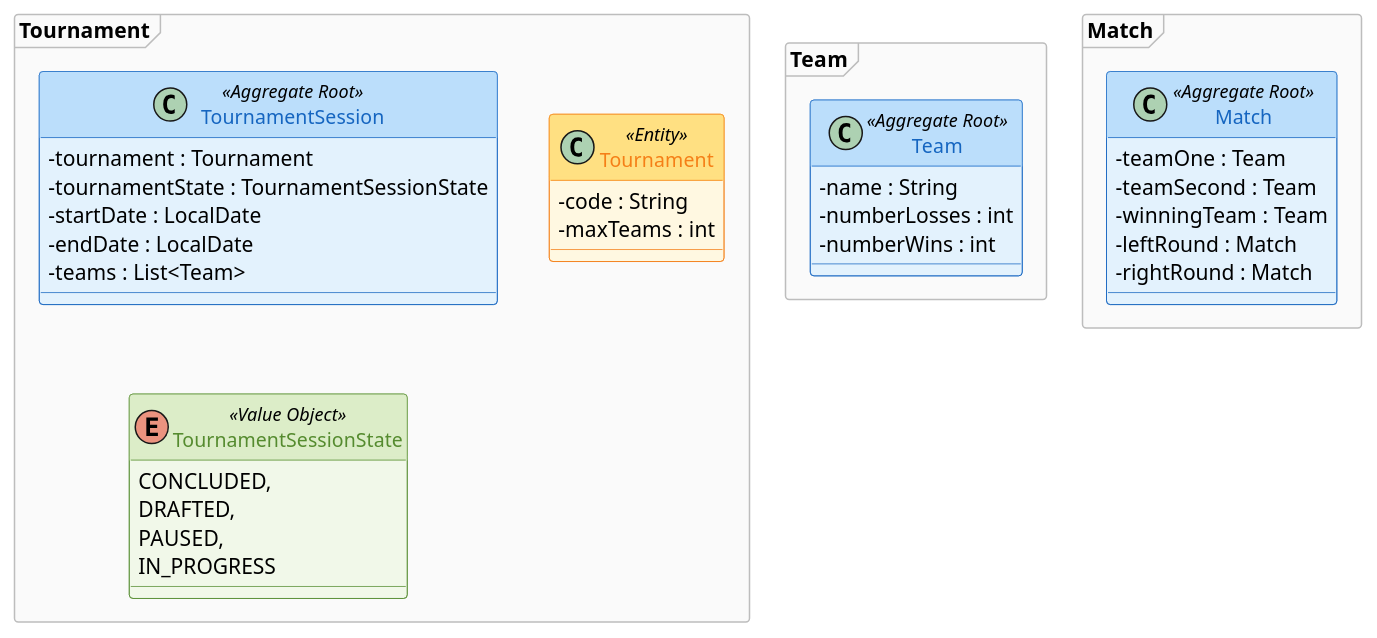
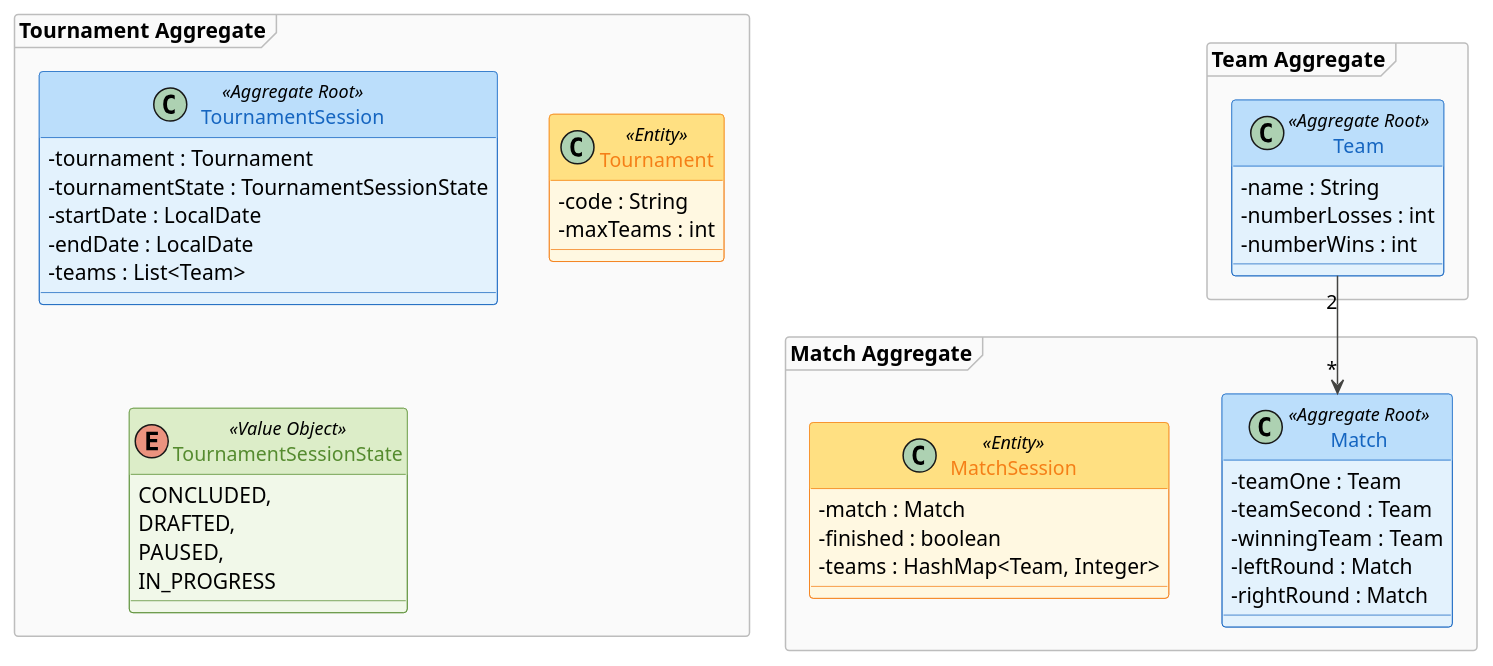
One commit to 1241323-JoseCardoso/Sports-Bracket-Generator changed the diagram in docs/global-artifacts/02.analysis/puml/dm/completeDM.puml. Above: the diagram before and after it, drawn with PlantUML. The commit also changed 4 other files, not shown here.

Commit message:
(code & design): development of early stages of domain model, factory methods correction and match session implementation

```diff
--- a/docs/global-artifacts/02.analysis/puml/dm/completeDM.puml
+++ b/docs/global-artifacts/02.analysis/puml/dm/completeDM.puml
@@ -1,103 +1,111 @@
 @startuml Sports Bracket
 
 skinparam classAttributeIconSize 0
 skinparam classFontSize 13
 skinparam shadowing false
 
 skinparam class {
     BackgroundColor<<Aggregate Root>> #E3F2FD
     BorderColor<<Aggregate Root>> #1565C0
     FontColor<<Aggregate Root>> #1565C0
     HeaderBackgroundColor<<Aggregate Root>> #BBDEFB
 
     BackgroundColor<<Entity>> #FFF8E1
     BorderColor<<Entity>> #F57F17
     FontColor<<Entity>> #F57F17
     HeaderBackgroundColor<<Entity>> #FFE082
 
     BackgroundColor<<Value Object>> #F1F8E9
     BorderColor<<Value Object>> #558B2F
     FontColor<<Value Object>> #558B2F
     HeaderBackgroundColor<<Value Object>> #DCEDC8
 }
 
 skinparam package {
     BackgroundColor #FAFAFA
     BorderColor #BDBDBD
     BorderStyle dashed
     FontSize 14
 }
 
 
 skinparam ArrowColor #444441
 
-package "Tournament" <<Frame>> {
+package "Tournament Aggregate" <<Frame>> {
 
     class TournamentSession <<Aggregate Root>>{
 
                 - tournament : Tournament
                 - tournamentState : TournamentSessionState
                 - startDate : LocalDate
                 - endDate : LocalDate
                 - teams : List<Team>
     }
 
     /'
       Pensando de uma maneira racional, os tournaments não poderão ser considerados como value objetcs uma vez que possuem ID's.
 
       Podemos utilizar um mesmo torneio, desde que possamos alterar o startDate e o endDate.
 
       Tendo isto em conta, o startDate e endDate deixa de fazer sentido dentro do tournament e terão que ser movidos para dentro do TournamentSession
     '/
 
     /'
         Quando é que uma equipa pode ser considerada como vencedora?
 
     '/
 
     class Tournament <<Entity>>{
 
                 - code : String
                 - maxTeams : int
     }
 
     enum TournamentSessionState <<Value Object>>{
 
                  CONCLUDED,
                  DRAFTED,
                  PAUSED,
                  IN_PROGRESS
 
     }
 
 }
 
-package "Team" <<Frame>>{
+package "Team Aggregate" <<Frame>>{
 
     class Team <<Aggregate Root>>{
 
             - name : String
             - numberLosses : int
             - numberWins : int
 
     }
 
 }
 
-package "Match" <<Frame>>{
+package "Match Aggregate" <<Frame>>{
 
     class Match <<Aggregate Root>>{
 
         - teamOne : Team
         - teamSecond : Team
         - winningTeam : Team
         - leftRound : Match
         - rightRound : Match
     }
 
+    class MatchSession <<Entity>>{
+
+        - match : Match
+        - finished : boolean
+        - teams : HashMap<Team, Integer>
+
+    }
+
 }
 
-
+Team "2" --> "*" Match
 
 
 @enduml
```
